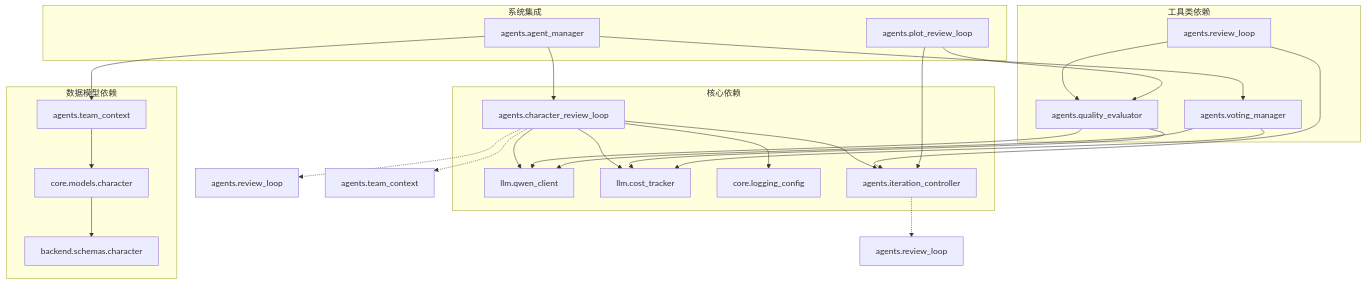
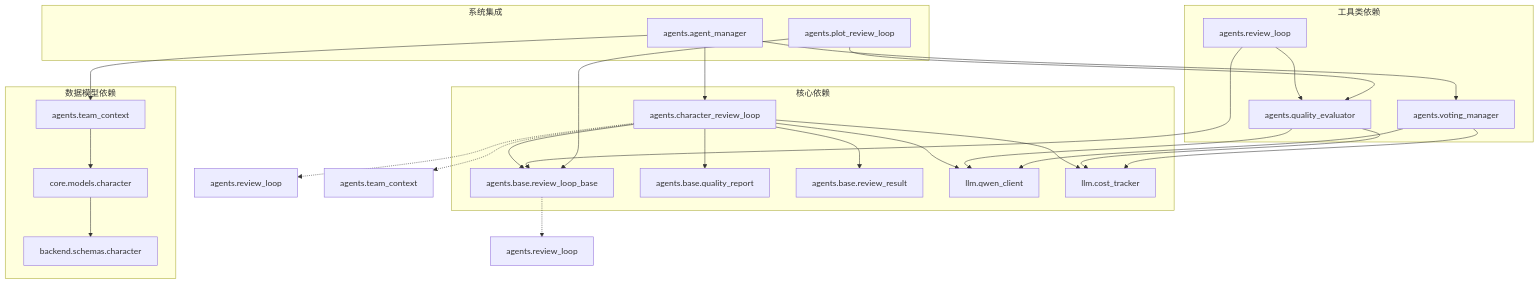
One commit to xfbyxq/ai-novel-system changed the ninth of 9 diagrams in .qoder/repowiki/zh/content/AI智能体系统/角色审查处理器.md. Above: the diagram before and after it, drawn with Mermaid. The commit also changed other lines of this file and 84 other files, not shown here.

````diff
--- a/.qoder/repowiki/zh/content/AI智能体系统/角色审查处理器.md
+++ b/.qoder/repowiki/zh/content/AI智能体系统/角色审查处理器.md
@@ -463,31 +443,32 @@
 ```mermaid
 graph TB
 subgraph "核心依赖"
-A[agents.character_review_loop] --> B[llm.qwen_client]
-A --> C[llm.cost_tracker]
-A --> D[core.logging_config]
-A --> E[agents.iteration_controller]
+A[agents.character_review_loop] --> B[agents.base.review_loop_base]
+A --> C[agents.base.quality_report]
+A --> D[agents.base.review_result]
+A --> E[llm.qwen_client]
+A --> F[llm.cost_tracker]
 end
 subgraph "数据模型依赖"
-F[core.models.character] --> G[backend.schemas.character]
-H[agents.team_context] --> F
+G[core.models.character] --> H[backend.schemas.character]
+I[agents.team_context] --> G
 end
 subgraph "工具类依赖"
-I[agents.quality_evaluator] --> B
-I --> C
-J[agents.voting_manager] --> B
-J --> C
-K[agents.review_loop] --> E
-K --> I
+J[agents.quality_evaluator] --> E
+J --> F
+K[agents.voting_manager] --> E
+K --> F
+L[agents.review_loop] --> B
+L --> J
 end
 subgraph "系统集成"
-L[agents.agent_manager] --> A
-L --> H
-L --> J
-M[agents.plot_review_loop] --> E
+M[agents.agent_manager] --> A
 M --> I
+M --> K
+N[agents.plot_review_loop] --> B
+N --> J
 end
-A -.-> N[agents.review_loop]
-A -.-> O[agents.team_context]
-E -.-> P[agents.review_loop]
+A -.-> O[agents.review_loop]
+A -.-> P[agents.team_context]
+B -.-> Q[agents.review_loop]
 ```
````
